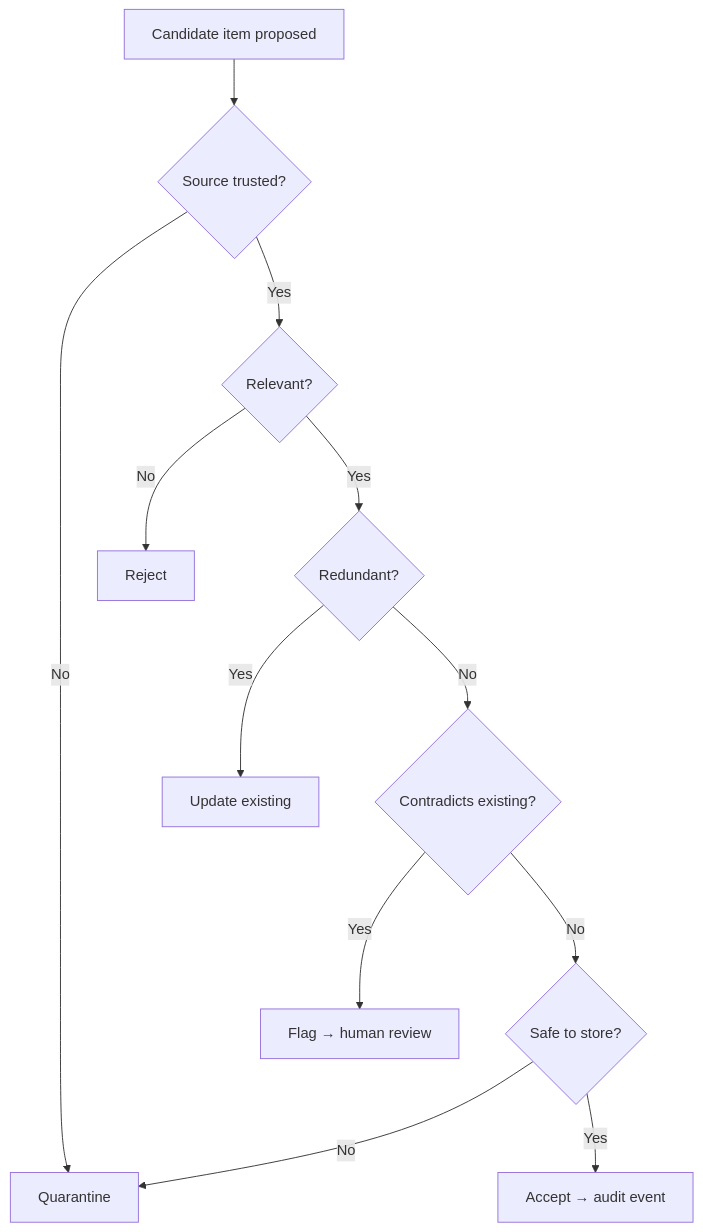
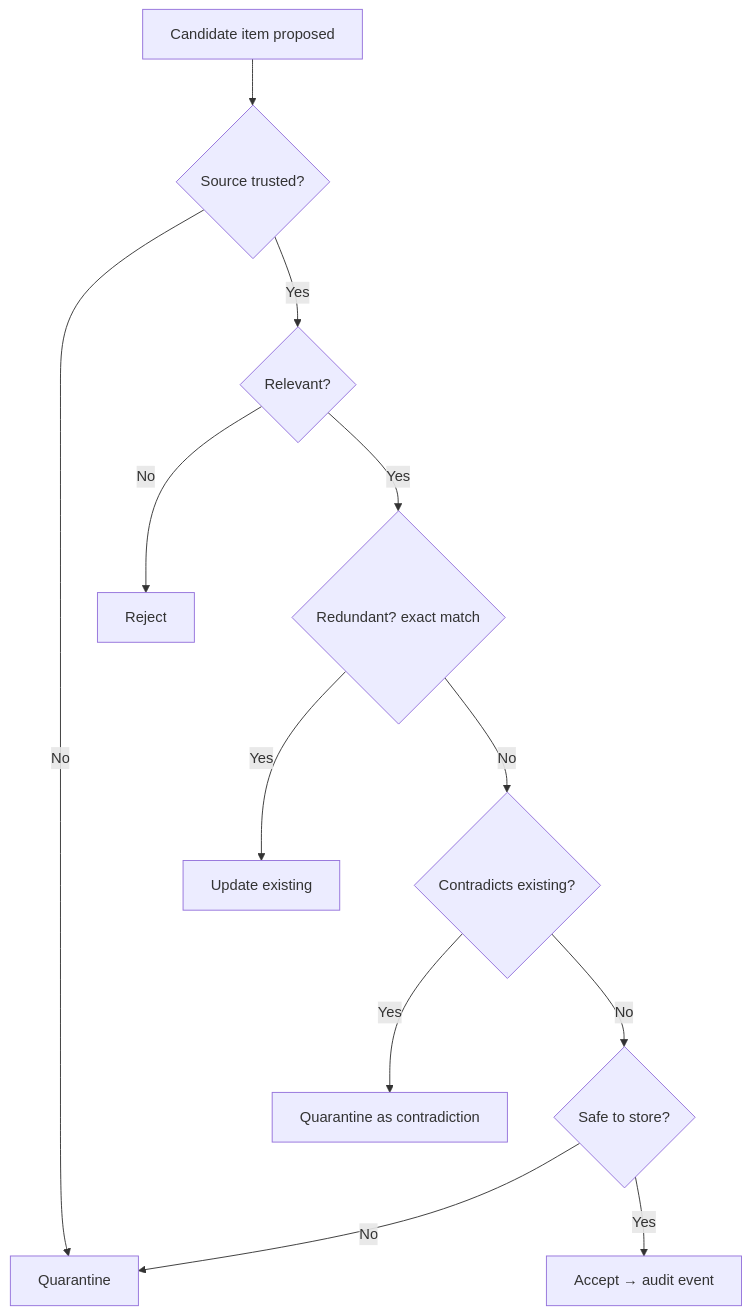
The first of 2 diagrams in src/research_pipeline/skill_data/blueprint/tests/sample_outputs/product_blueprint_example.md (grammy-jiang/research-pipeline), drawn with Mermaid before and after one commit. The commit also changed other lines of this file and 13 other files, not shown here.

````diff
--- a/src/research_pipeline/skill_data/blueprint/tests/sample_outputs/product_blueprint_example.md
+++ b/src/research_pipeline/skill_data/blueprint/tests/sample_outputs/product_blueprint_example.md
@@ -218,14 +230,14 @@
 ```mermaid
 flowchart TD
     A[Candidate item proposed] --> B{Source trusted?}
     B -->|No| C[Quarantine]
     B -->|Yes| D{Relevant?}
     D -->|No| E[Reject]
-    D -->|Yes| F{Redundant?}
+    D -->|Yes| F{Redundant? exact match}
     F -->|Yes| G[Update existing]
     F -->|No| H{Contradicts existing?}
-    H -->|Yes| I[Flag → human review]
+    H -->|Yes| I[Quarantine as contradiction]
     H -->|No| J{Safe to store?}
     J -->|No| C
     J -->|Yes| K[Accept → audit event]
 ```
````
